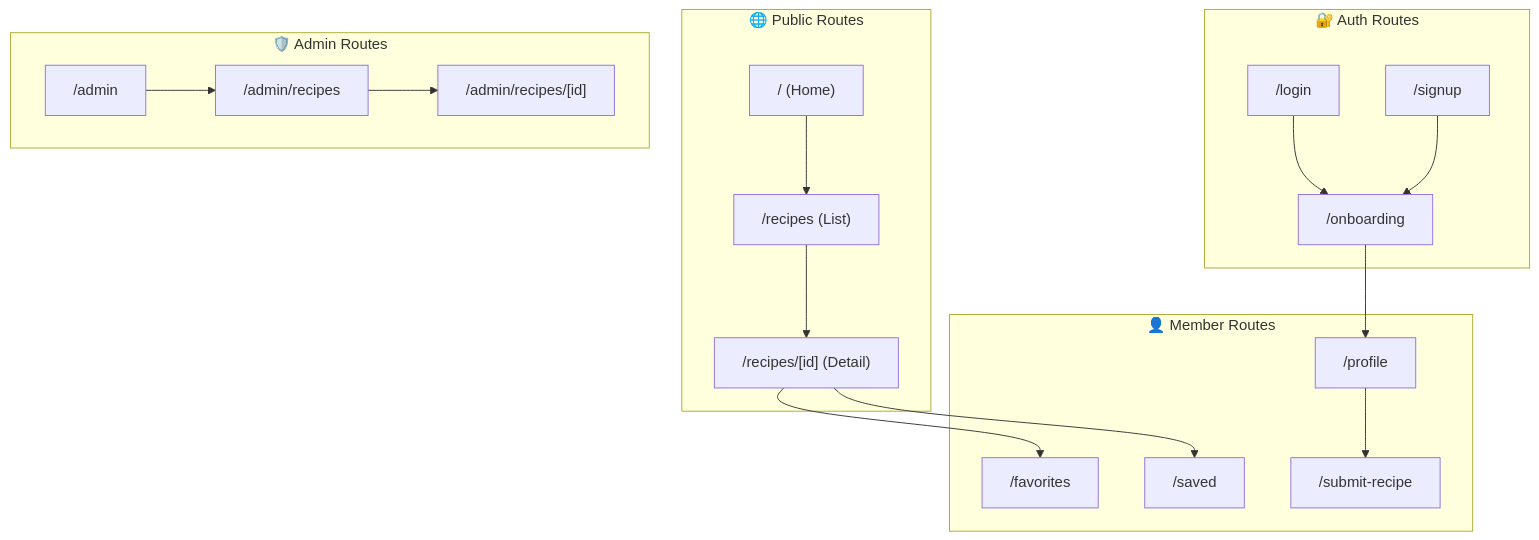
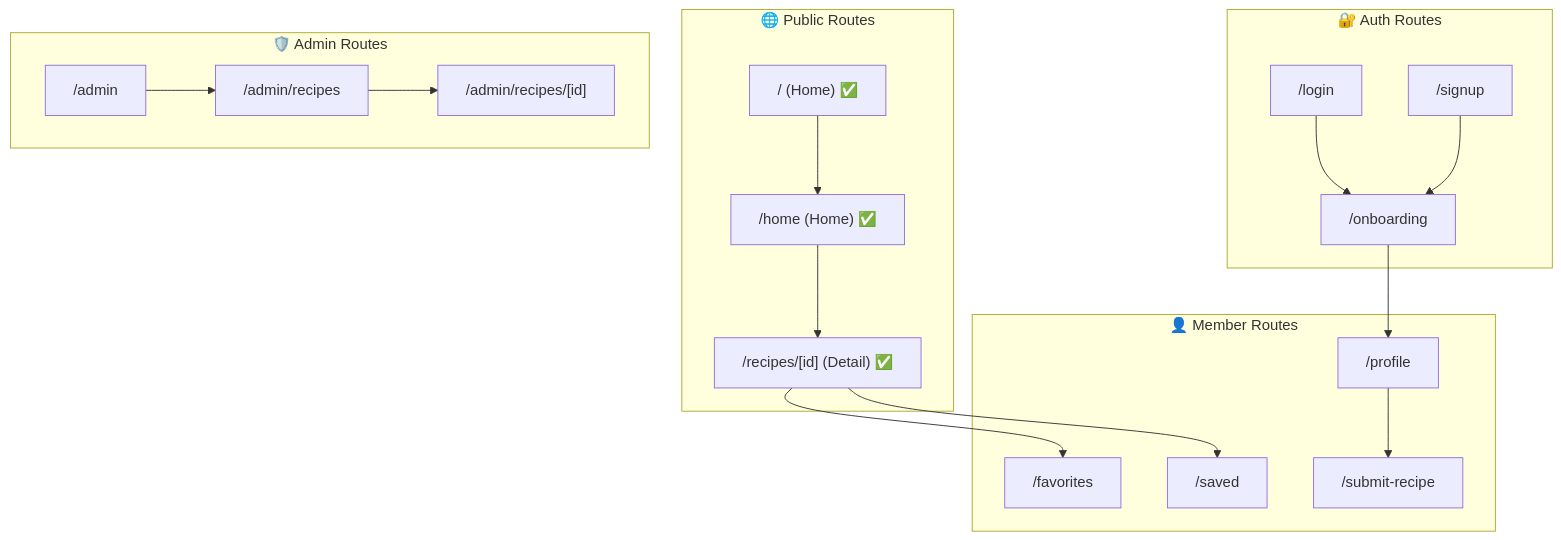
Before and after one commit to NurhayatYurtaslan/recipio: the sixth of 6 diagrams in README.md, drawn with Mermaid. The commit also changed other lines of this file, not shown here.

Commit message:
docs: update README.md to reflect changes in database schema, component integration, and SQL views for improved recipe management and user experience

````diff
--- a/README.md
+++ b/README.md
@@ -329,38 +327,38 @@
 ```mermaid
 flowchart TB
     subgraph PublicRoutes["🌐 Public Routes"]
-        R1["/ (Home)"]
-        R2["/recipes (List)"]
-        R3["/recipes/[id] (Detail)"]
+        R1["/ (Home) ✅"]
+        R2["/home (Home) ✅"]
+        R3["/recipes/[id] (Detail) ✅"]
     end
     
     subgraph AuthRoutes["🔐 Auth Routes"]
         R4["/login"]
         R5["/signup"]
         R6["/onboarding"]
     end
     
     subgraph MemberRoutes["👤 Member Routes"]
         R7["/profile"]
         R8["/favorites"]
         R9["/saved"]
         R10["/submit-recipe"]
     end
     
     subgraph AdminRoutes["🛡️ Admin Routes"]
         R11["/admin"]
         R12["/admin/recipes"]
         R13["/admin/recipes/[id]"]
     end
     
     R1 --> R2
     R2 --> R3
     R4 --> R6
     R5 --> R6
     R6 --> R7
     R3 --> R8
     R3 --> R9
     R7 --> R10
     R11 --> R12
     R12 --> R13
 ```
````
